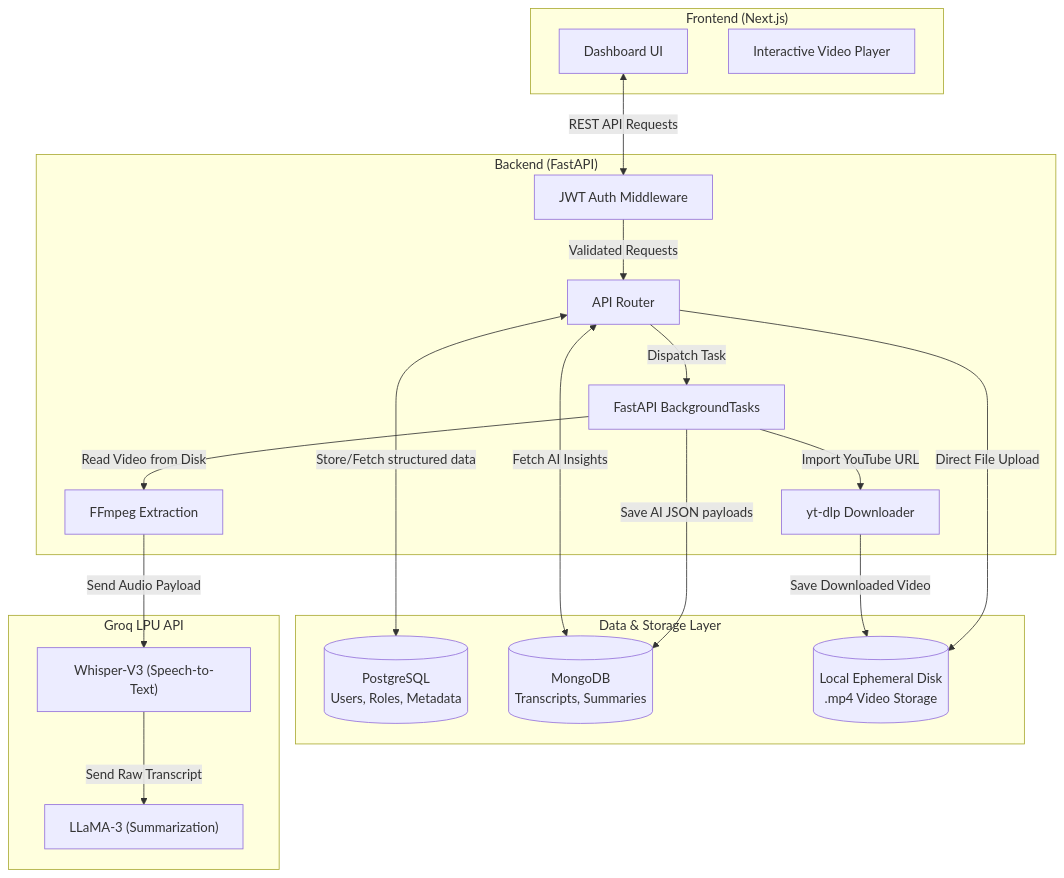
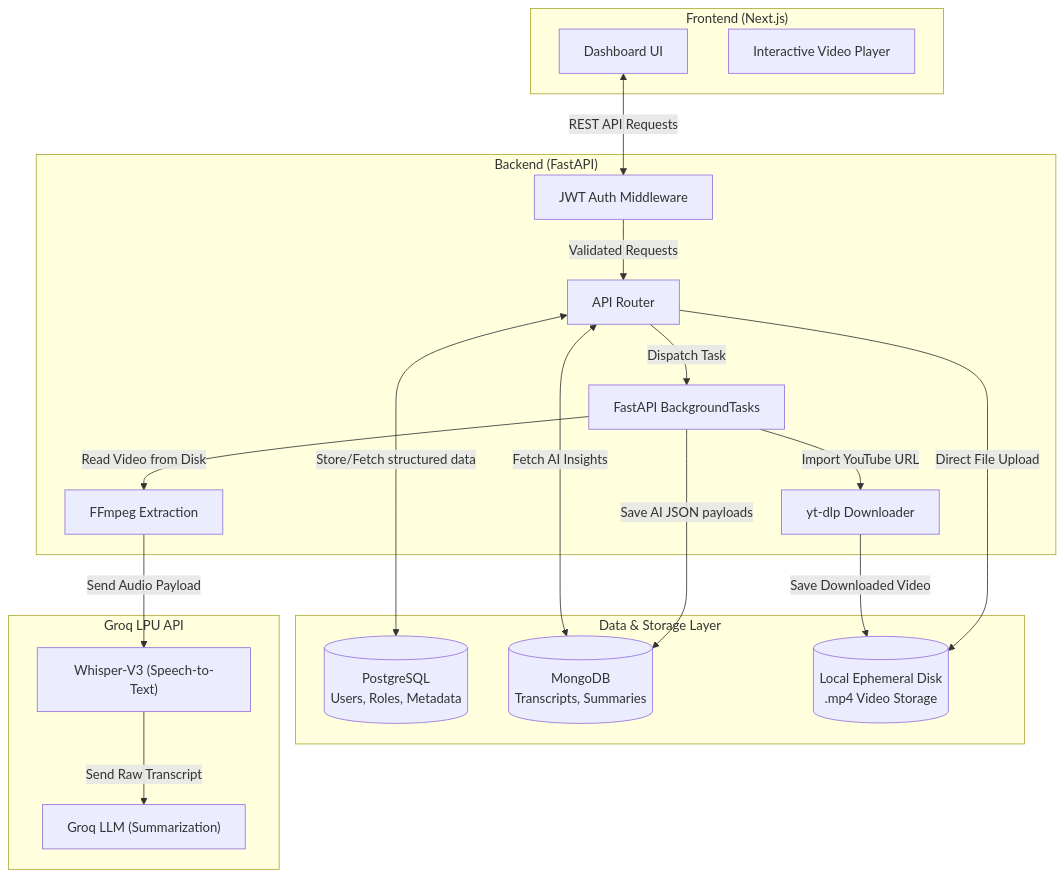
The diagram in README.md (springboardmentor3010s/Clip-Mind-AI), drawn with Mermaid before and after one commit.

Commit message:
Update LLaMA reference to Groq LLM in README

````diff
--- a/README.md
+++ b/README.md
@@ -33,43 +33,43 @@
 ```mermaid
 graph TD
     subgraph Frontend ["Frontend (Next.js)"]
         UI["Dashboard UI"]
         Player["Interactive Video Player"]
     end
 
     subgraph Backend ["Backend (FastAPI)"]
         Auth["JWT Auth Middleware"]
         API["API Router"]
         Worker["FastAPI BackgroundTasks"]
         Audio["FFmpeg Extraction"]
         YTDLP["yt-dlp Downloader"]
     end
 
     subgraph Databases ["Data & Storage Layer"]
         SQL[("PostgreSQL<br>Users, Roles, Metadata")]
         NoSQL[("MongoDB<br>Transcripts, Summaries")]
         Disk[("Local Ephemeral Disk<br>.mp4 Video Storage")]
     end
 
     subgraph AI ["Groq LPU API"]
         Whisper["Whisper-V3 (Speech-to-Text)"]
-        LLaMA["LLaMA-3 (Summarization)"]
+        LLaMA["Groq LLM (Summarization)"]
     end
 
     UI <-->|REST API Requests| Auth
     Auth -->|Validated Requests| API
     
     API -->|Direct File Upload| Disk
     API -->|Dispatch Task| Worker
     
     Worker -->|Import YouTube URL| YTDLP
     YTDLP -->|Save Downloaded Video| Disk
     
     Worker -->|Read Video from Disk| Audio
     Audio -->|Send Audio Payload| Whisper
     Whisper -->|Send Raw Transcript| LLaMA
     
     API <-->|Store/Fetch structured data| SQL
     Worker -->|Save AI JSON payloads| NoSQL
     API <-->|Fetch AI Insights| NoSQL
 ```
````
